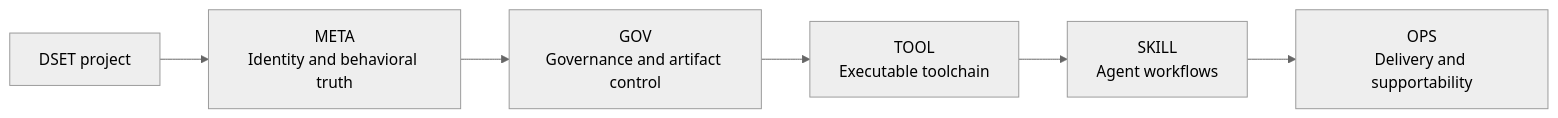
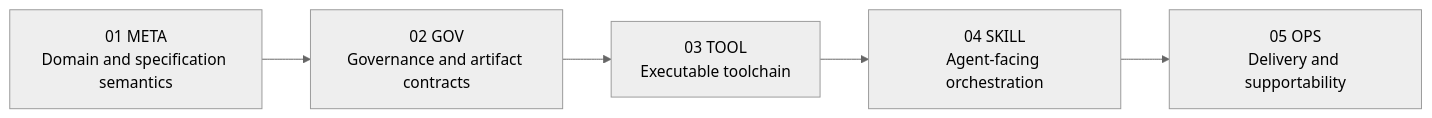
The first of 2 diagrams in README.md (anatoly-m-maslennikov/dset-specs-loops-framework), drawn with Mermaid (neutral theme) before and after one commit. The commit also changed other lines of this file and 814 other files, not shown here.

First line of the commit message:
feat: atomize recursive DSET project state

````diff
--- a/README.md
+++ b/README.md
@@ -35,15 +44,10 @@
 ```mermaid
 flowchart LR
-    P["DSET project"]
-    META["META<br/>Identity and behavioral truth"]
-    GOV["GOV<br/>Governance and artifact control"]
-    TOOL["TOOL<br/>Executable toolchain"]
-    SKILL["SKILL<br/>Agent workflows"]
-    OPS["OPS<br/>Delivery and supportability"]
+    META["01 META<br/>Domain and specification semantics"]
+    GOV["02 GOV<br/>Governance and artifact contracts"]
+    TOOL["03 TOOL<br/>Executable toolchain"]
+    SKILL["04 SKILL<br/>Agent-facing orchestration"]
+    OPS["05 OPS<br/>Delivery and supportability"]
 
-    P --> META
-    META --> GOV
-    GOV --> TOOL
-    TOOL --> SKILL
-    SKILL --> OPS
+    META --> GOV --> TOOL --> SKILL --> OPS
 ```
````
